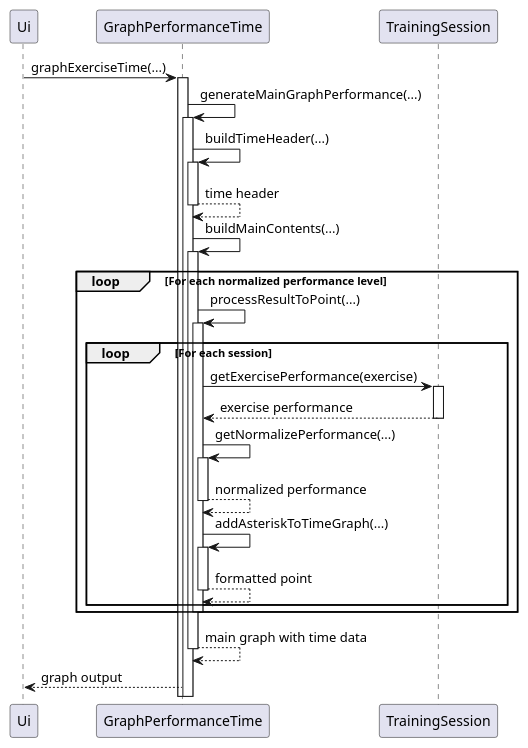
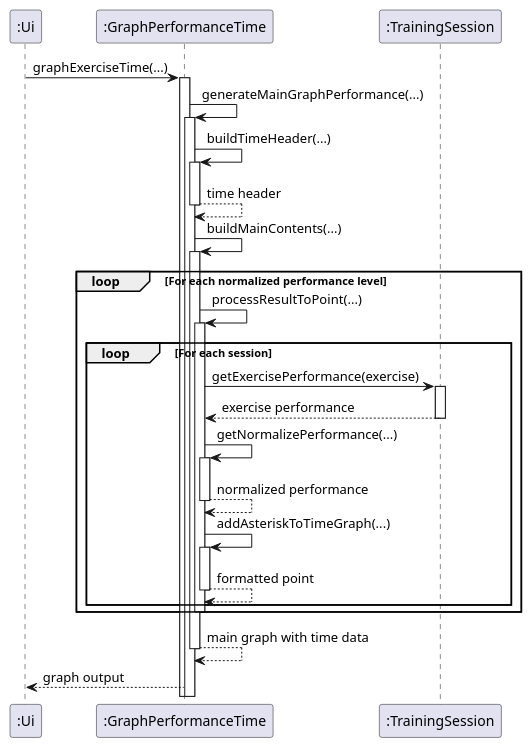
The diagram in docs/Diagrams/Sequence_graphPerformanceTime.puml (nus-cs2113-AY2425S1/tp), drawn with PlantUML before and after one commit. The commit also changed 15 other files, not shown here.

```diff
--- a/docs/Diagrams/Sequence_graphPerformanceTime.puml
+++ b/docs/Diagrams/Sequence_graphPerformanceTime.puml
@@ -1,49 +1,49 @@
 @startuml
-participant Ui
-participant "GraphPerformanceTime" as GraphTime
-participant "TrainingSession" as Session
+participant ":Ui"
+participant ":GraphPerformanceTime" as GraphTime
+participant ":TrainingSession" as Session
 
-Ui -> GraphTime : graphExerciseTime(...)
+":Ui" -> GraphTime : graphExerciseTime(...)
 activate GraphTime
 
 GraphTime -> GraphTime : generateMainGraphPerformance(...)
 activate GraphTime
 
 GraphTime -> GraphTime : buildTimeHeader(...)
 activate GraphTime
 GraphTime --> GraphTime : time header
 deactivate GraphTime
 
 GraphTime -> GraphTime : buildMainContents(...)
 activate GraphTime
 
 loop For each normalized performance level
     GraphTime -> GraphTime : processResultToPoint(...)
     activate GraphTime
 
     loop For each session
         GraphTime -> Session : getExercisePerformance(exercise)
         activate Session
         Session --> GraphTime : exercise performance
         deactivate Session
 
         GraphTime -> GraphTime : getNormalizePerformance(...)
         activate GraphTime
         GraphTime --> GraphTime : normalized performance
         deactivate GraphTime
 
         GraphTime -> GraphTime : addAsteriskToTimeGraph(...)
         activate GraphTime
         GraphTime --> GraphTime : formatted point
         deactivate GraphTime
     end
 
 deactivate GraphTime
 end
 
 GraphTime --> GraphTime : main graph with time data
 
 deactivate GraphTime
 
-Ui <-- GraphTime : graph output
+":Ui" <-- GraphTime : graph output
 @enduml
```
